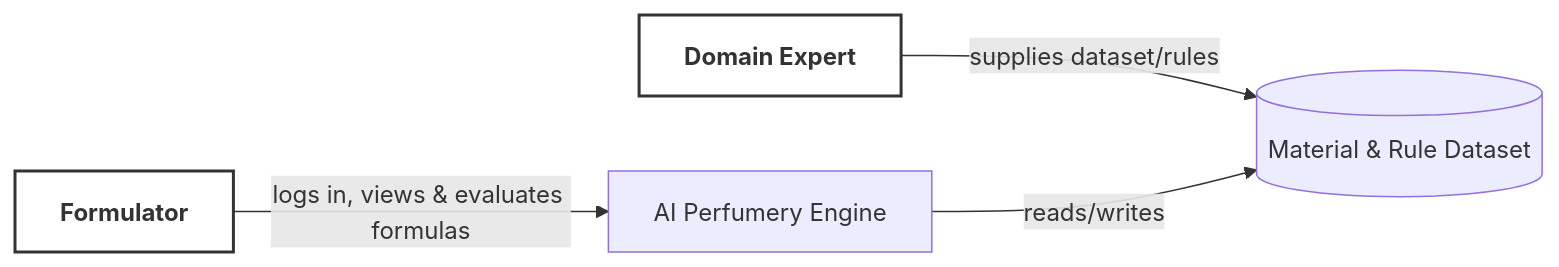
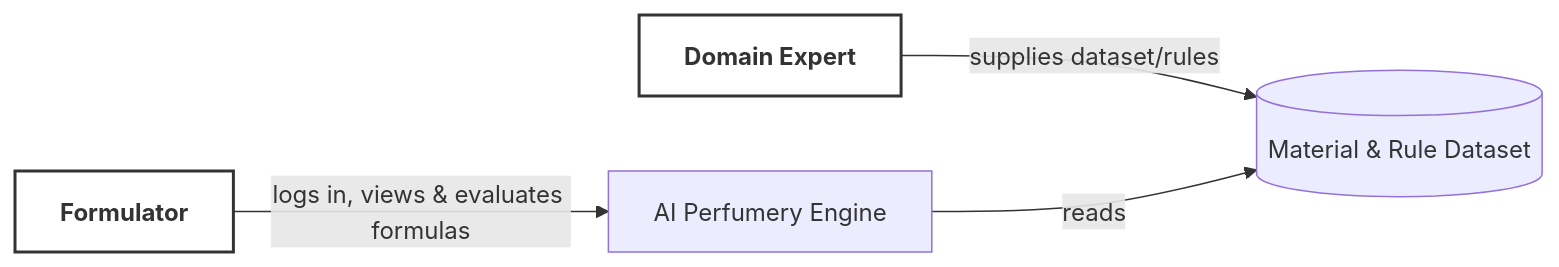
Before and after one commit to projectSE-1/fragform-proposal: the first of 4 diagrams in .docs/02-design/diagrams.md, drawn with Mermaid. The commit also changed other lines of this file and 8 other files, not shown here.

````diff
--- a/.docs/02-design/diagrams.md
+++ b/.docs/02-design/diagrams.md
@@ -16,13 +16,13 @@
 ```mermaid
 flowchart LR
     Formulator[Formulator]:::actor
     DomainExpert[Domain Expert]:::actor
     System[AI Perfumery Engine]
     Dataset[(Material & Rule Dataset)]
 
     Formulator -->|logs in, views & evaluates formulas| System
     DomainExpert -->|supplies dataset/rules| Dataset
-    System -->|reads/writes| Dataset
+    System -->|reads| Dataset
 
     classDef actor fill:#fff,stroke:#333,stroke-width:2px,font-weight:bold;
 ```
````
